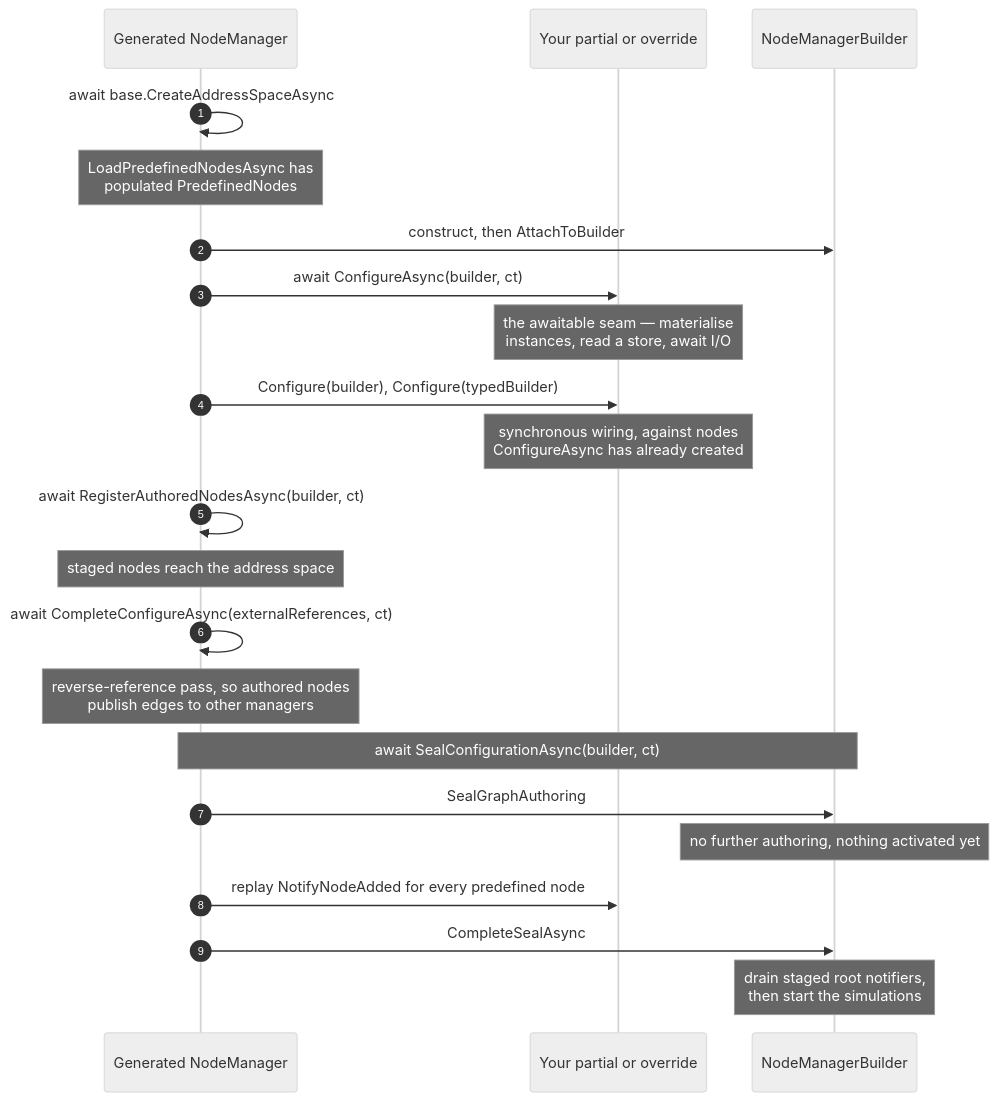
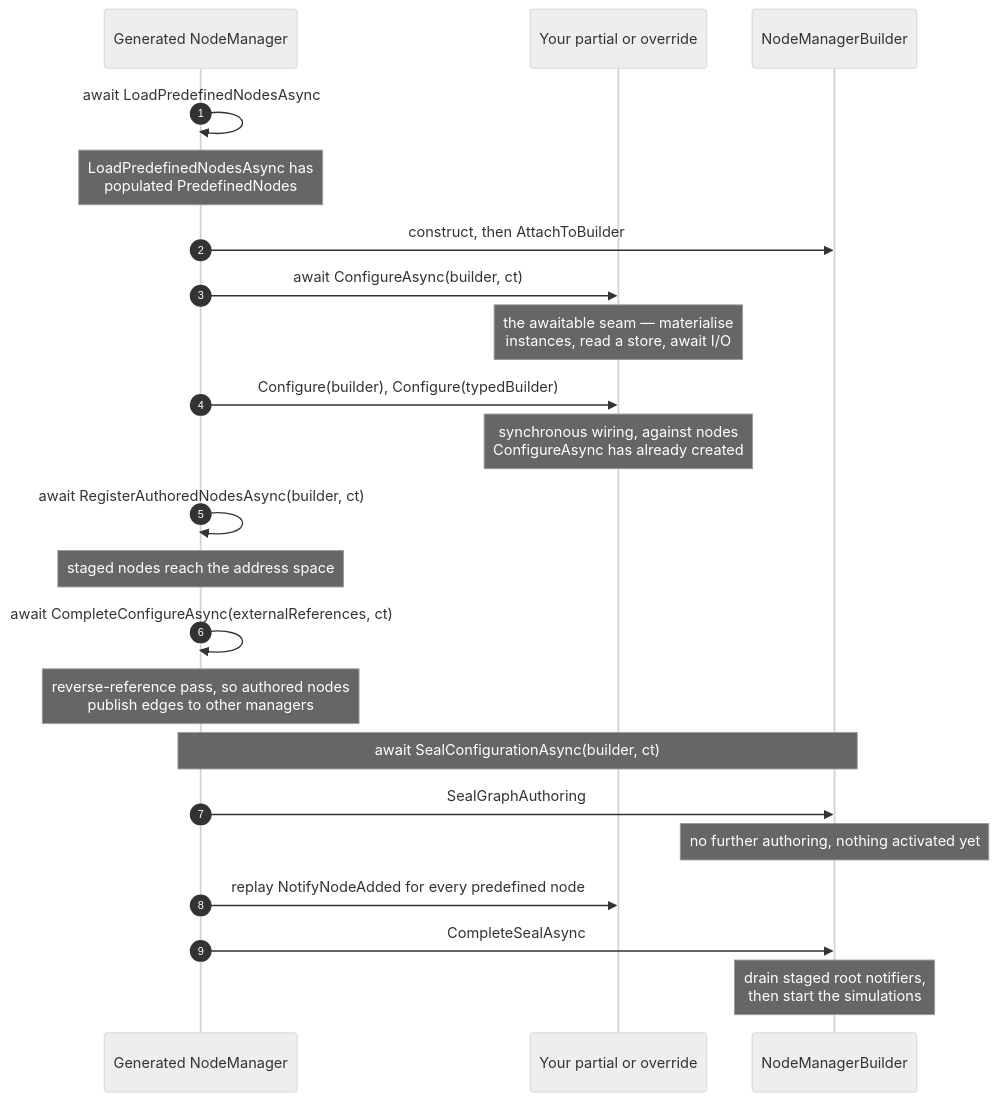
The diagram in docs/NodeManagers.md (OPCFoundation/UA-.NETStandard), drawn with Mermaid (neutral theme) before and after one commit. The commit also changed other lines of this file and 13 other files, not shown here.

````diff
--- a/docs/NodeManagers.md
+++ b/docs/NodeManagers.md
@@ -979,28 +979,28 @@
 ```mermaid
 sequenceDiagram
     autonumber
     participant M as Generated NodeManager
     participant U as Your partial or override
     participant B as NodeManagerBuilder
 
-    M->>M: await base.CreateAddressSpaceAsync
+    M->>M: await LoadPredefinedNodesAsync
     Note over M: LoadPredefinedNodesAsync has<br/>populated PredefinedNodes
     M->>B: construct, then AttachToBuilder
 
     M->>U: await ConfigureAsync(builder, ct)
     Note over U: the awaitable seam — materialise<br/>instances, read a store, await I/O
     M->>U: Configure(builder), Configure(typedBuilder)
     Note over U: synchronous wiring, against nodes<br/>ConfigureAsync has already created
 
     M->>M: await RegisterAuthoredNodesAsync(builder, ct)
     Note over M: staged nodes reach the address space
     M->>M: await CompleteConfigureAsync(externalReferences, ct)
     Note over M: reverse-reference pass, so authored nodes<br/>publish edges to other managers
 
     Note over M,B: await SealConfigurationAsync(builder, ct)
     M->>B: SealGraphAuthoring
     Note over B: no further authoring, nothing activated yet
     M->>U: replay NotifyNodeAdded for every predefined node
     M->>B: CompleteSealAsync
     Note over B: drain staged root notifiers,<br/>then start the simulations
 ```
````
